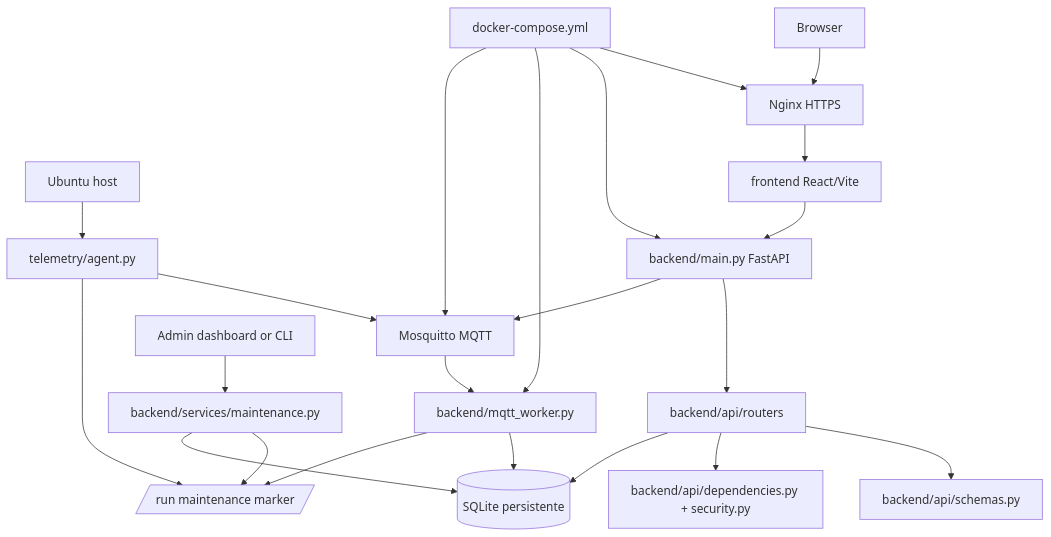
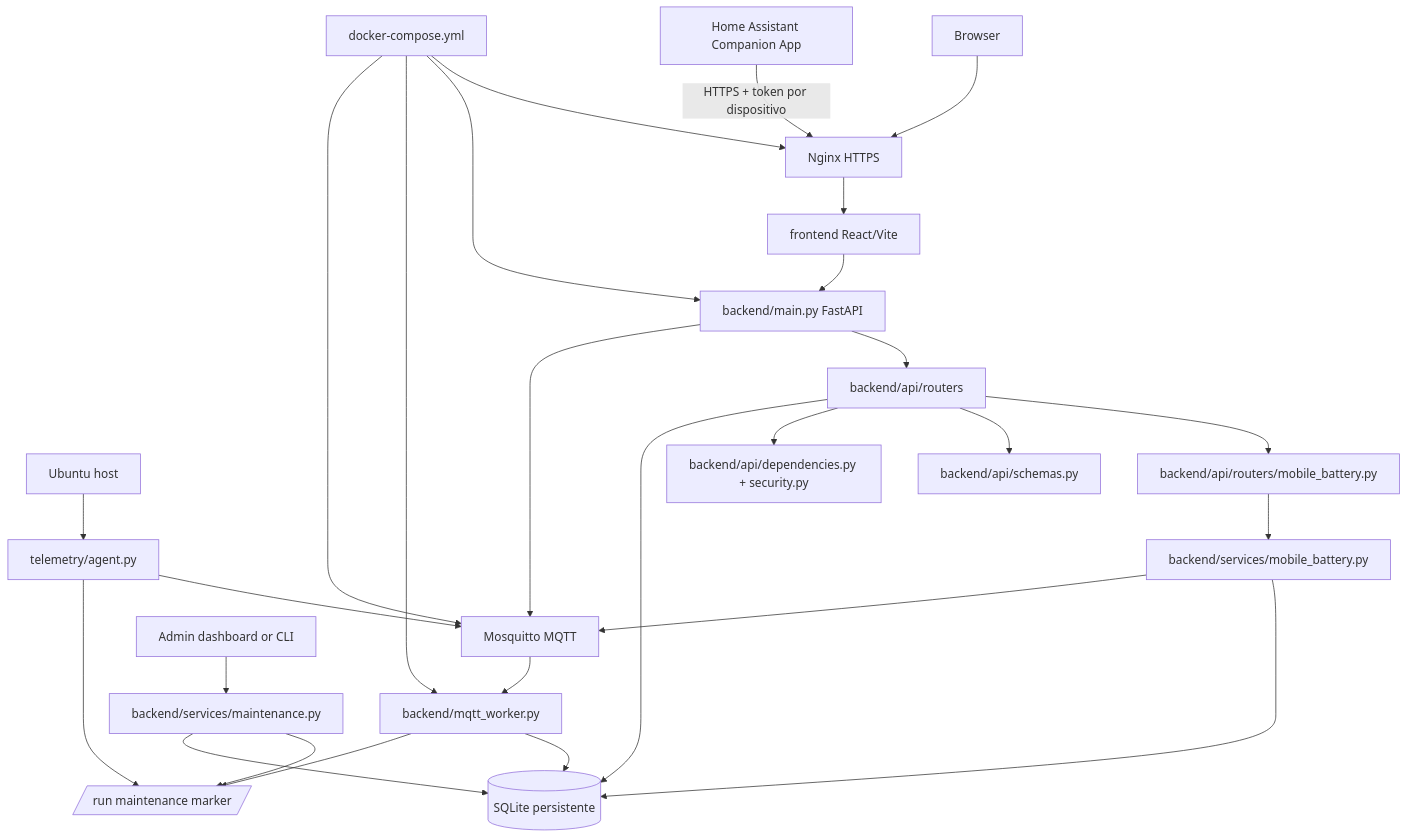
The first of 2 diagrams in docs/MODULE_MAP.md (astec10/nivus-edge-node), drawn with Mermaid before and after one commit. The commit also changed other lines of this file, not shown here.

Commit message:
docs(modules): map mobile battery relay dependencies

````diff
--- a/docs/MODULE_MAP.md
+++ b/docs/MODULE_MAP.md
@@ -7,24 +7,29 @@
 ```mermaid
 flowchart TD
   Host[Ubuntu host] --> Agent[telemetry/agent.py]
   Agent --> MQTT[Mosquitto MQTT]
   MQTT --> Worker[backend/mqtt_worker.py]
   Worker --> DB[(SQLite persistente)]
   Browser[Browser] --> Nginx[Nginx HTTPS]
   Nginx --> UI[frontend React/Vite]
   UI --> API[backend/main.py FastAPI]
   API --> Routers[backend/api/routers]
+  Phone[Home Assistant Companion App] -->|HTTPS + token por dispositivo| Nginx
+  Routers --> BatteryRouter[backend/api/routers/mobile_battery.py]
+  BatteryRouter --> BatteryService[backend/services/mobile_battery.py]
+  BatteryService --> DB
+  BatteryService --> MQTT
   Routers --> Schemas[backend/api/schemas.py]
   Routers --> Auth[backend/api/dependencies.py + security.py]
   Routers --> DB
   API --> MQTT
   Operator[Admin dashboard or CLI] --> Maintenance[backend/services/maintenance.py]
   Maintenance --> State[/run maintenance marker/]
   Maintenance --> DB
   Agent[telemetry/agent.py] --> State
   Worker[backend/mqtt_worker.py] --> State
   Compose[docker-compose.yml] --> Nginx
   Compose --> API
   Compose --> Worker
   Compose --> MQTT
 ```
````
